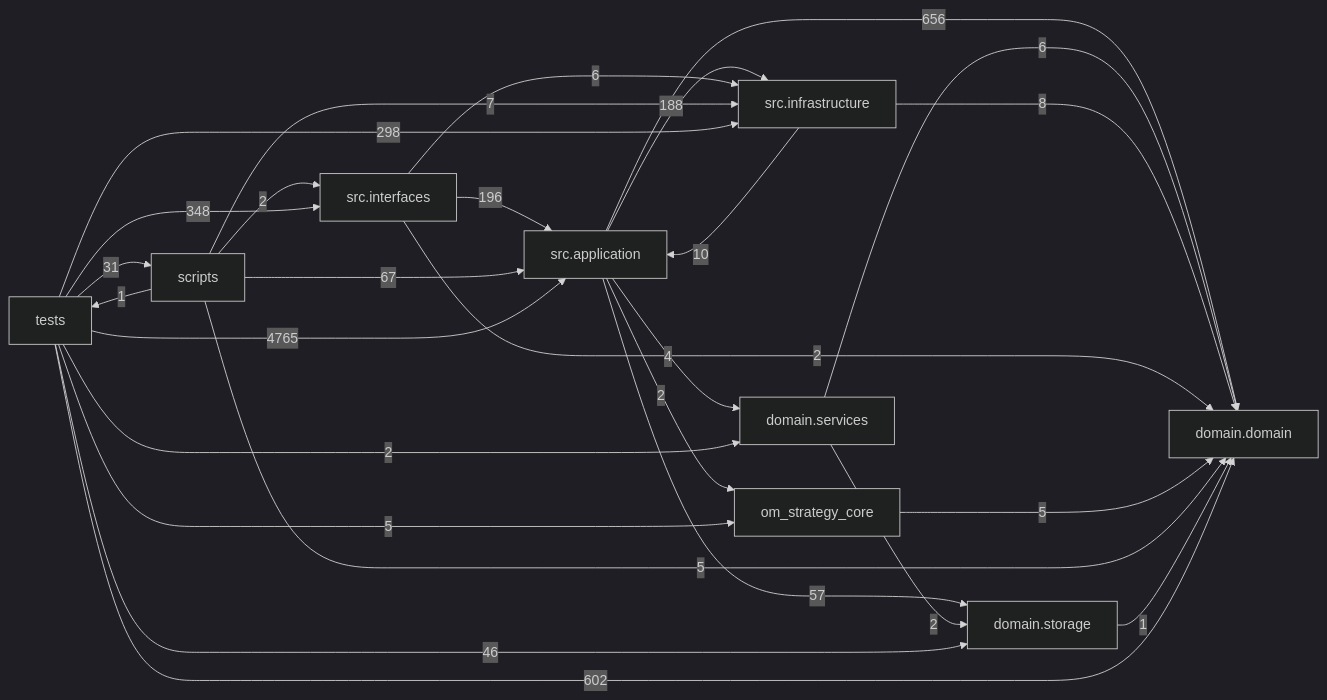
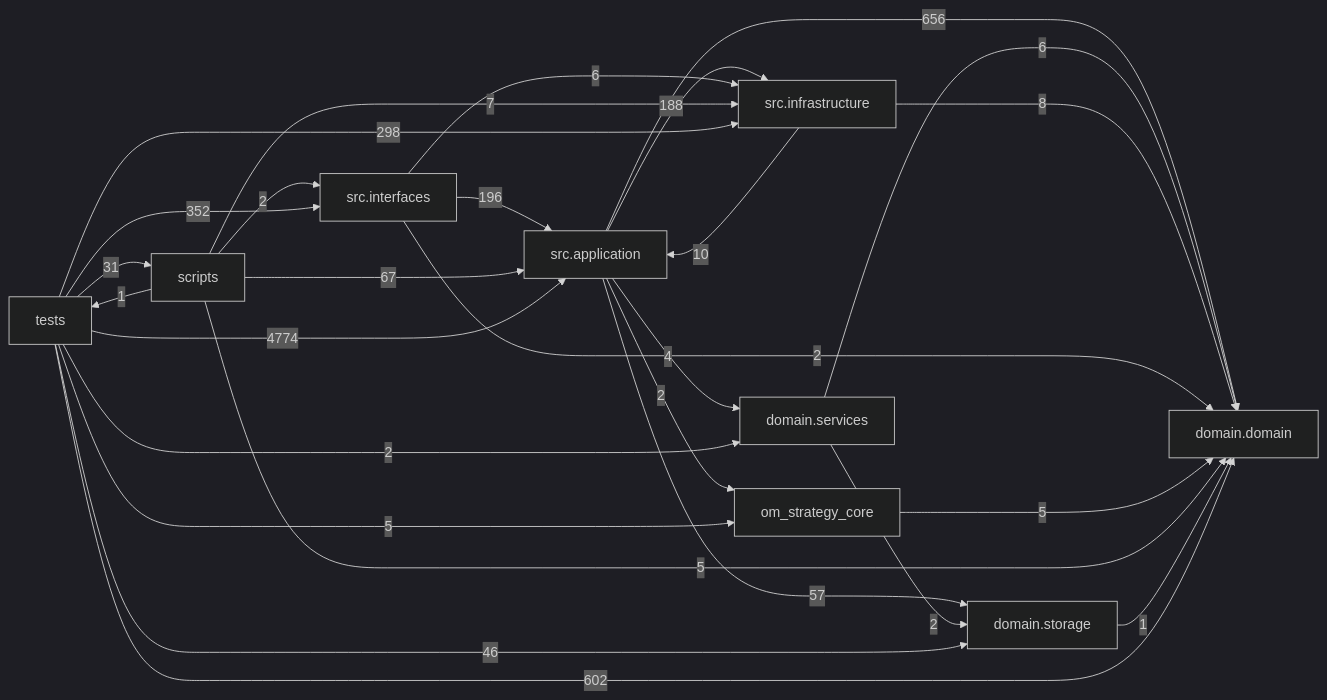
Before and after one commit to liuxie066/options-monitor: the diagram in docs/DEPENDENCY_GRAPH.md, drawn with Mermaid (dark theme). The commit also changed other lines of this file and 5 other files, not shown here.

````diff
--- a/docs/DEPENDENCY_GRAPH.md
+++ b/docs/DEPENDENCY_GRAPH.md
@@ -24,38 +24,38 @@
 ```mermaid
 flowchart LR
   tests["tests"]
   scripts["scripts"]
   interfaces["src.interfaces"]
   application["src.application"]
   infrastructure["src.infrastructure"]
   domain_services["domain.services"]
   domain["domain.domain"]
   storage["domain.storage"]
   application -->|656| domain
   application -->|4| domain_services
   application -->|188| infrastructure
   application -->|2| om_strategy_core
   application -->|57| storage
   domain_services -->|6| domain
   domain_services -->|2| storage
   infrastructure -->|10| application
   infrastructure -->|8| domain
   interfaces -->|196| application
   interfaces -->|2| domain
   interfaces -->|6| infrastructure
   om_strategy_core -->|5| domain
   scripts -->|67| application
   scripts -->|5| domain
   scripts -->|7| infrastructure
   scripts -->|2| interfaces
   scripts -->|1| tests
   storage -->|1| domain
-  tests -->|4765| application
+  tests -->|4774| application
   tests -->|602| domain
   tests -->|2| domain_services
   tests -->|298| infrastructure
-  tests -->|348| interfaces
+  tests -->|352| interfaces
   tests -->|5| om_strategy_core
   tests -->|31| scripts
   tests -->|46| storage
 ```
````
